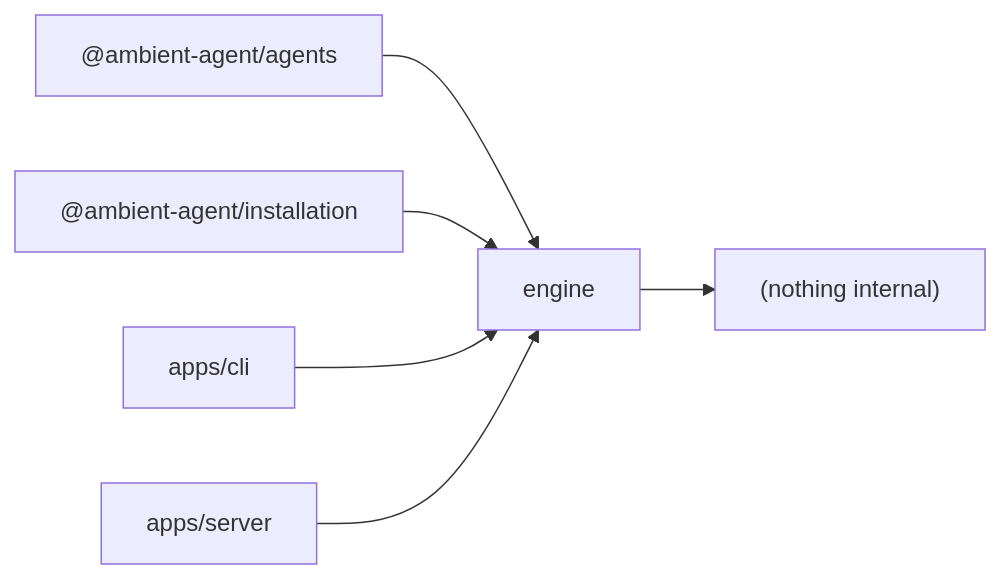
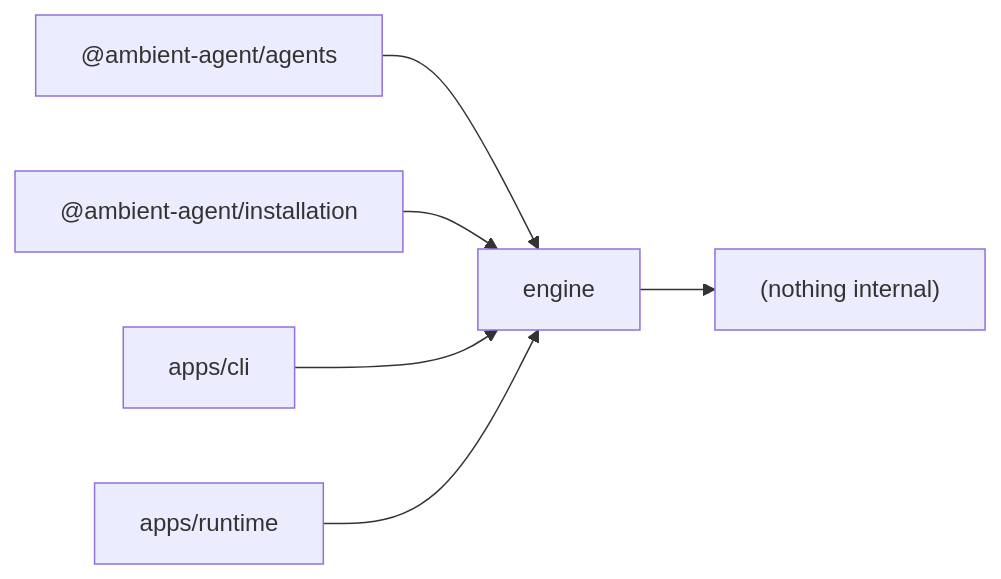
One commit to AaronAbuUsama/whatsappd-github-agent changed the diagram in packages/engine/README.md. Above: the diagram before and after it, drawn with Mermaid. The commit also changed 418 other files, not shown here.

````diff
--- a/packages/engine/README.md
+++ b/packages/engine/README.md
@@ -27,8 +27,8 @@
 ```mermaid
 graph LR
   agents["@ambient-agent/agents"] --> engine
   installation["@ambient-agent/installation"] --> engine
   cli["apps/cli"] --> engine
-  server["apps/server"] --> engine
+  server["apps/runtime"] --> engine
   engine --> nothing["(nothing internal)"]
 ```
````
